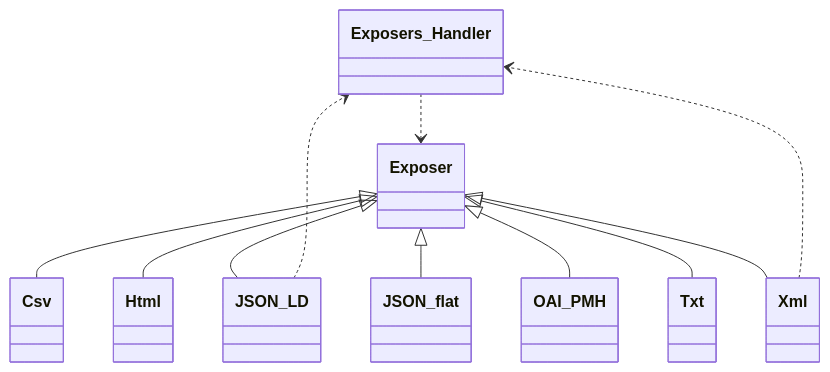
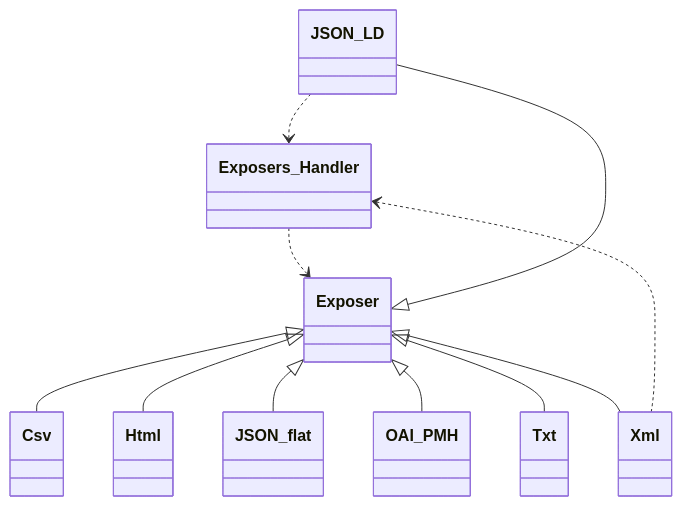
The sixth of 13 diagrams in docs/phpdoc/Home.md (tainacan/tainacan), drawn with Mermaid before and after one commit. The commit also changed other lines of this file and 97 other files, not shown here.

````diff
--- a/docs/phpdoc/Home.md
+++ b/docs/phpdoc/Home.md
@@ -451,23 +451,23 @@
 ```mermaid
 classDiagram
     direction TB
+    class JSON_flat { }
+    class JSON_LD { }
+    class Txt { }
     class Exposers_Handler { }
+    class Csv { }
     class Html { }
     class Exposer { }
-    class JSON_LD { }
-    class Csv { }
     class Xml { }
-    class JSON_flat { }
-    class Txt { }
     class OAI_PMH { }
     Exposer <|-- Csv
     Exposer <|-- Html
     Exposer <|-- JSON_LD
     Exposer <|-- JSON_flat
     Exposer <|-- OAI_PMH
     Exposer <|-- Txt
     Exposer <|-- Xml
     Exposers_Handler ..> Exposer
     JSON_LD ..> Exposers_Handler
     Xml ..> Exposers_Handler
 ```
````
